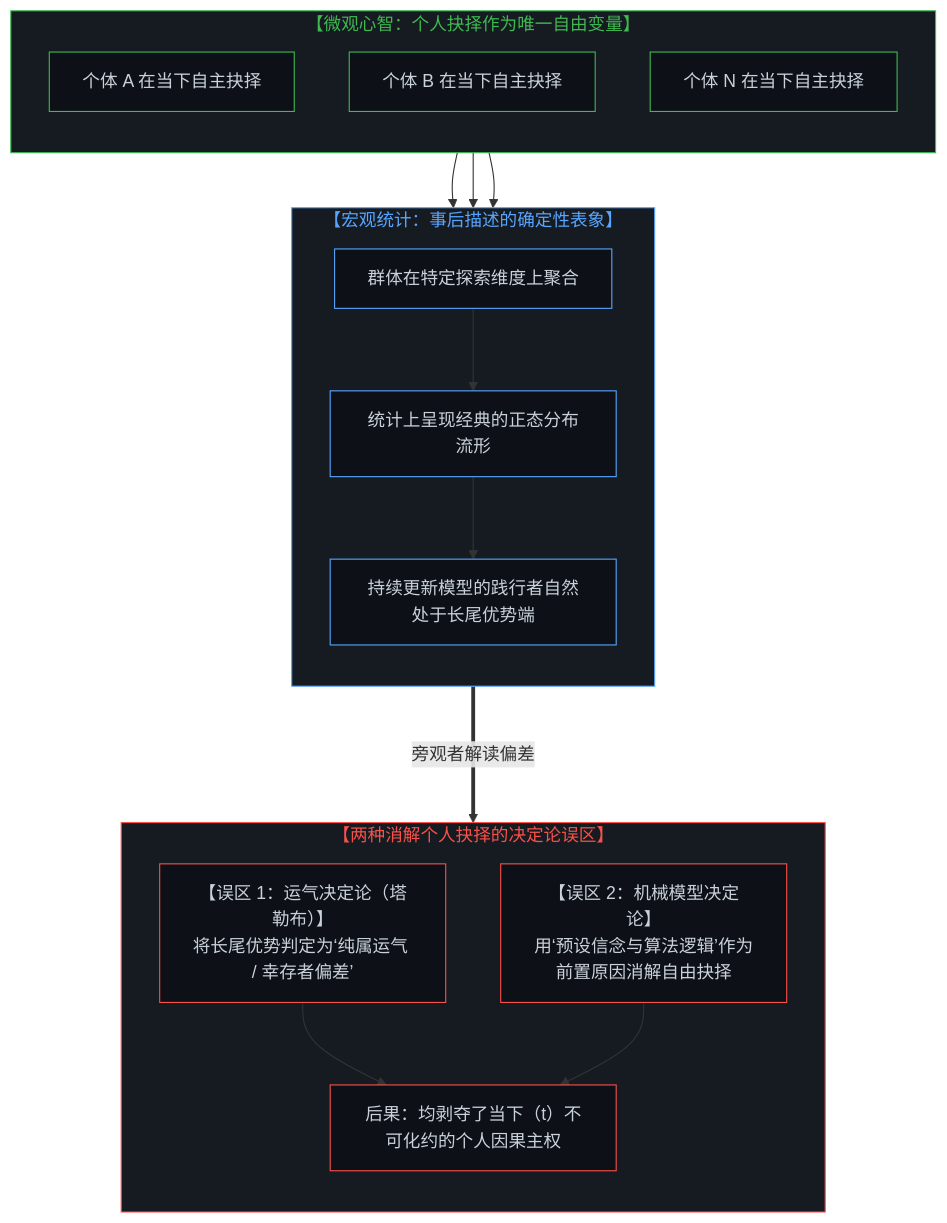
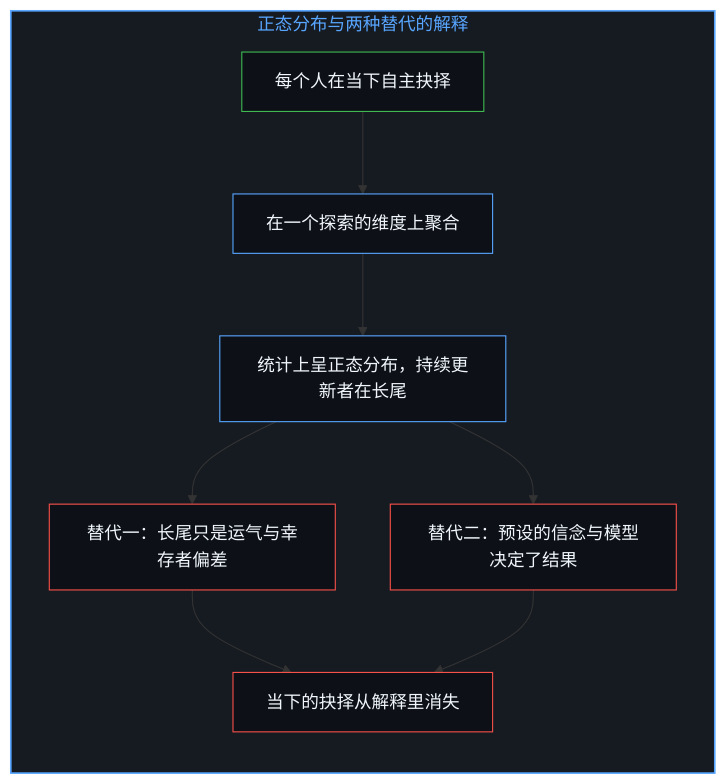
The third of 12 diagrams in content/posts/the-two-sided-nature-of-sovereign-choice-and-the-objectification-of-observation.md (powerpig99/not-a-toe), drawn with Mermaid before and after one commit. The commit also changed other lines of this file and 2 other files, not shown here.

Commit message:
Refine the-two-sided-nature-of-sovereign-choice: alternating bilingual layout, six paired diagrams, the outer face as signal and as definition, implicit first person

````diff
--- a/content/posts/the-two-sided-nature-of-sovereign-choice-and-the-objectification-of-observation.md
+++ b/content/posts/the-two-sided-nature-of-sovereign-choice-and-the-objectification-of-observation.md
@@ -61,44 +83,26 @@
 ```mermaid
-graph TD
-    subgraph S_Micro["【微观心智：个人抉择作为唯一自由变量】"]
+flowchart TD
+    subgraph S_Normal["正态分布与两种替代的解释"]
         direction TB
-        M1["个体 A 在当下自主抉择"]
-        M2["个体 B 在当下自主抉择"]
-        M3["个体 N 在当下自主抉择"]
+        Micro["每个人在当下自主抉择"]
+        Agg["在一个探索的维度上聚合"]
+        Normal["统计上呈正态分布，持续更新者在长尾"]
+        Luck["替代一：长尾只是运气与幸存者偏差"]
+        Model["替代二：预设的信念与模型决定了结果"]
+        Gone["当下的抉择从解释里消失"]
+        Micro --> Agg
+        Agg --> Normal
+        Normal --> Luck
+        Normal --> Model
+        Luck --> Gone
+        Model --> Gone
     end
 
-    subgraph S_Macro["【宏观统计：事后描述的确定性表象】"]
-        direction TB
-        D1["群体在特定探索维度上聚合"]
-        D2["统计上呈现经典的正态分布流形"]
-        D3["持续更新模型的践行者自然处于长尾优势端"]
-        D1 --> D2 --> D3
-    end
-
-    subgraph S_Fallacy["【两种消解个人抉择的决定论误区】"]
-        direction TB
-        T1["【误区 1：运气决定论（塔勒布）】<br>将长尾优势判定为‘纯属运气 / 幸存者偏差’"]
-        T2["【误区 2：机械模型决定论】<br>用‘预设信念与算法逻辑’作为前置原因消解自由抉择"]
-        T3["后果：均剥夺了当下（t）不可化约的个人因果主权"]
-        T1 --> T3
-        T2 --> T3
-    end
-
-    M1 --> D1
-    M2 --> D1
-    M3 --> D1
-    D3 ===>|"旁观者解读偏差"| T1
-
-    style S_Micro fill:#161b22,stroke:#3fb950,stroke-width:1px,color:#3fb950
-    style S_Macro fill:#161b22,stroke:#58a6ff,stroke-width:1px,color:#58a6ff
-    style S_Fallacy fill:#161b22,stroke:#f85149,stroke-width:1px,color:#f85149
-    style M1 fill:#0d1117,stroke:#3fb950,stroke-width:1px,color:#c9d1d9
-    style M2 fill:#0d1117,stroke:#3fb950,stroke-width:1px,color:#c9d1d9
-    style M3 fill:#0d1117,stroke:#3fb950,stroke-width:1px,color:#c9d1d9
-    style D1 fill:#0d1117,stroke:#58a6ff,stroke-width:1px,color:#c9d1d9
-    style D2 fill:#0d1117,stroke:#58a6ff,stroke-width:1px,color:#c9d1d9
-    style D3 fill:#0d1117,stroke:#58a6ff,stroke-width:1px,color:#c9d1d9
-    style T1 fill:#0d1117,stroke:#f85149,stroke-width:1px,color:#c9d1d9
-    style T2 fill:#0d1117,stroke:#f85149,stroke-width:1px,color:#c9d1d9
-    style T3 fill:#0d1117,stroke:#f85149,stroke-width:1px,color:#c9d1d9
+    style S_Normal fill:#161b22,stroke:#58a6ff,stroke-width:1.5px,color:#58a6ff
+    style Micro fill:#0d1117,stroke:#3fb950,stroke-width:1px,color:#f0f6fc
+    style Agg fill:#0d1117,stroke:#58a6ff,stroke-width:1px,color:#f0f6fc
+    style Normal fill:#0d1117,stroke:#58a6ff,stroke-width:1px,color:#f0f6fc
+    style Luck fill:#0d1117,stroke:#f85149,stroke-width:1px,color:#f0f6fc
+    style Model fill:#0d1117,stroke:#f85149,stroke-width:1px,color:#f0f6fc
+    style Gone fill:#0d1117,stroke:#f85149,stroke-width:1px,color:#f0f6fc
 ```
````
